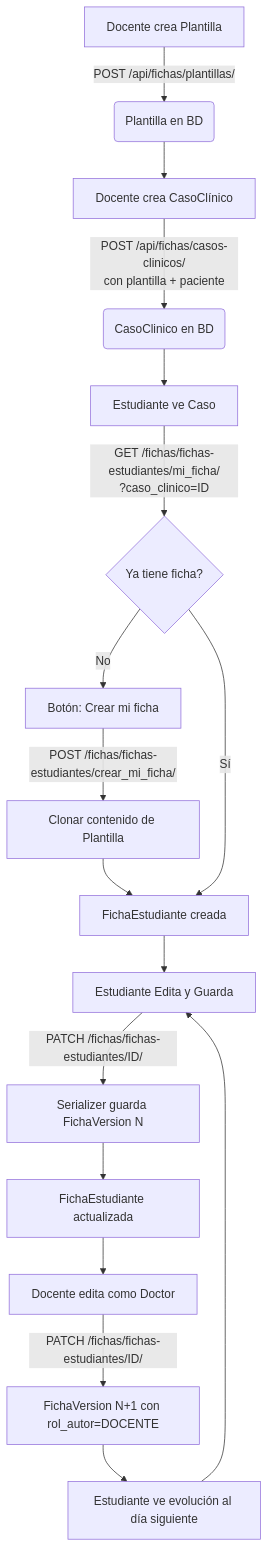
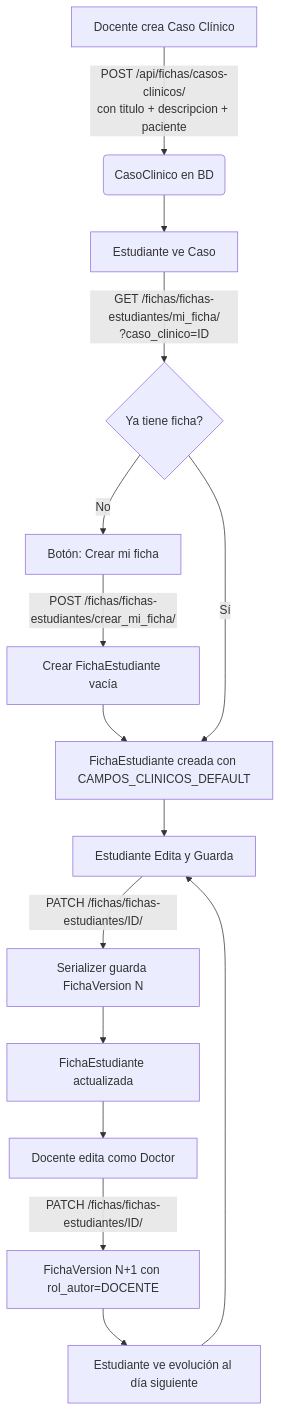
The diagram in Docs/documentacion del sistema/workflows.md (castrometro/SALUD-UDP), drawn with Mermaid before and after one commit. The commit also changed other lines of this file and 8 other files, not shown here.

````diff
--- a/Docs/documentacion del sistema/workflows.md
+++ b/Docs/documentacion del sistema/workflows.md
@@ -20,19 +19,17 @@
 ```mermaid
 graph TD
-    A[Docente crea Plantilla] -->|POST /api/fichas/plantillas/| B(Plantilla en BD)
-    B --> C[Docente crea CasoClínico]
-    C -->|POST /api/fichas/casos-clinicos/\ncon plantilla + paciente| D(CasoClinico en BD)
-    D --> E[Estudiante ve Caso]
-    E -->|GET /fichas/fichas-estudiantes/mi_ficha/\n?caso_clinico=ID| F{Ya tiene ficha?}
-    F -- No --> G[Botón: Crear mi ficha]
-    G -->|POST /fichas/fichas-estudiantes/crear_mi_ficha/| H[Clonar contenido de Plantilla]
-    H --> I[FichaEstudiante creada]
-    F -- Sí --> I
-    I --> J[Estudiante Edita y Guarda]
-    J -->|PATCH /fichas/fichas-estudiantes/ID/| K[Serializer guarda FichaVersion N]
-    K --> L[FichaEstudiante actualizada]
-    L --> M[Docente edita como Doctor]
-    M -->|PATCH /fichas/fichas-estudiantes/ID/| N[FichaVersion N+1 con rol_autor=DOCENTE]
-    N --> O[Estudiante ve evolución al día siguiente]
-    O --> J
+    A[Docente crea Caso Clínico] -->|POST /api/fichas/casos-clinicos/\ncon titulo + descripcion + paciente| B(CasoClinico en BD)
+    B --> C[Estudiante ve Caso]
+    C -->|GET /fichas/fichas-estudiantes/mi_ficha/\n?caso_clinico=ID| D{Ya tiene ficha?}
+    D -- No --> E[Botón: Crear mi ficha]
+    E -->|POST /fichas/fichas-estudiantes/crear_mi_ficha/| F[Crear FichaEstudiante vacía]
+    F --> G[FichaEstudiante creada con CAMPOS_CLINICOS_DEFAULT]
+    D -- Sí --> G
+    G --> H[Estudiante Edita y Guarda]
+    H -->|PATCH /fichas/fichas-estudiantes/ID/| I[Serializer guarda FichaVersion N]
+    I --> J[FichaEstudiante actualizada]
+    J --> K[Docente edita como Doctor]
+    K -->|PATCH /fichas/fichas-estudiantes/ID/| L[FichaVersion N+1 con rol_autor=DOCENTE]
+    L --> M[Estudiante ve evolución al día siguiente]
+    M --> H
 ```
````
